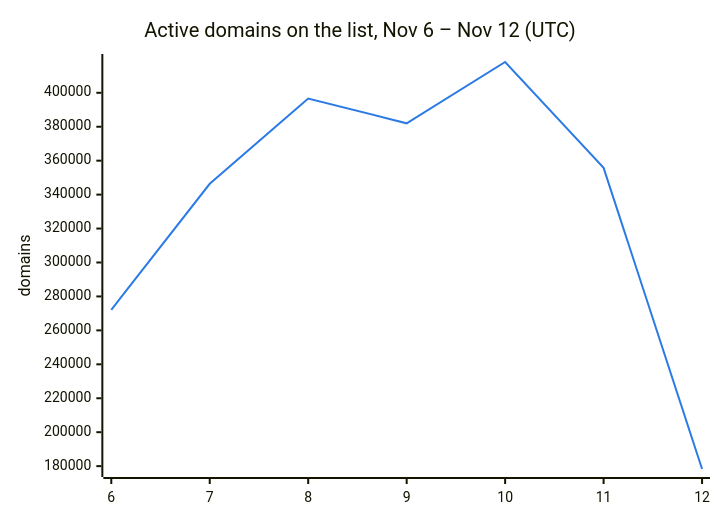
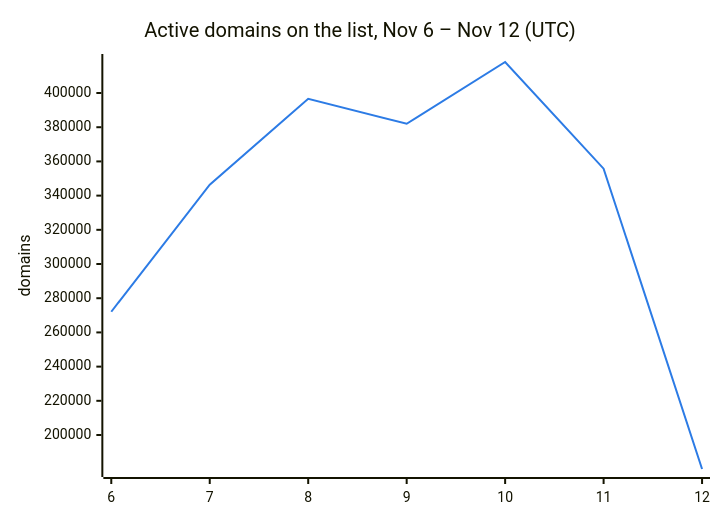
The second of 3 diagrams in README.md (DNSBunker/CTI), drawn with Mermaid before and after one commit. The commit also changed other lines of this file and 3 other files, not shown here.

````diff
--- a/README.md
+++ b/README.md
@@ -38,8 +38,8 @@
 ```mermaid
 %%{init: {"themeVariables": {"xyChart": {"plotColorPalette": "#2c7be5"}}}}%%
 xychart-beta
     title "Active domains on the list, Nov 6 – Nov 12 (UTC)"
     x-axis ["6", "7", "8", "9", "10", "11", "12"]
     y-axis "domains"
-    line [272088, 346388, 396638, 382009, 418143, 355765, 178312]
+    line [272088, 346388, 396638, 382009, 418143, 355765, 180125]
 ```
````
